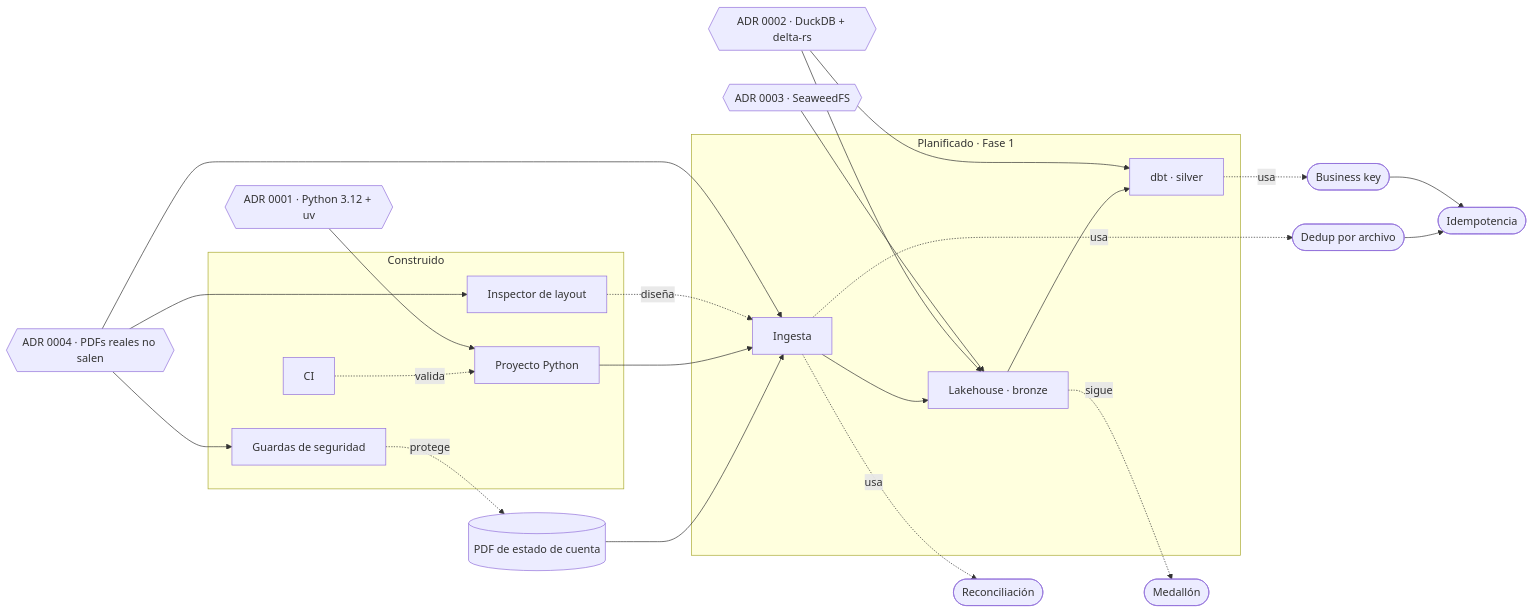
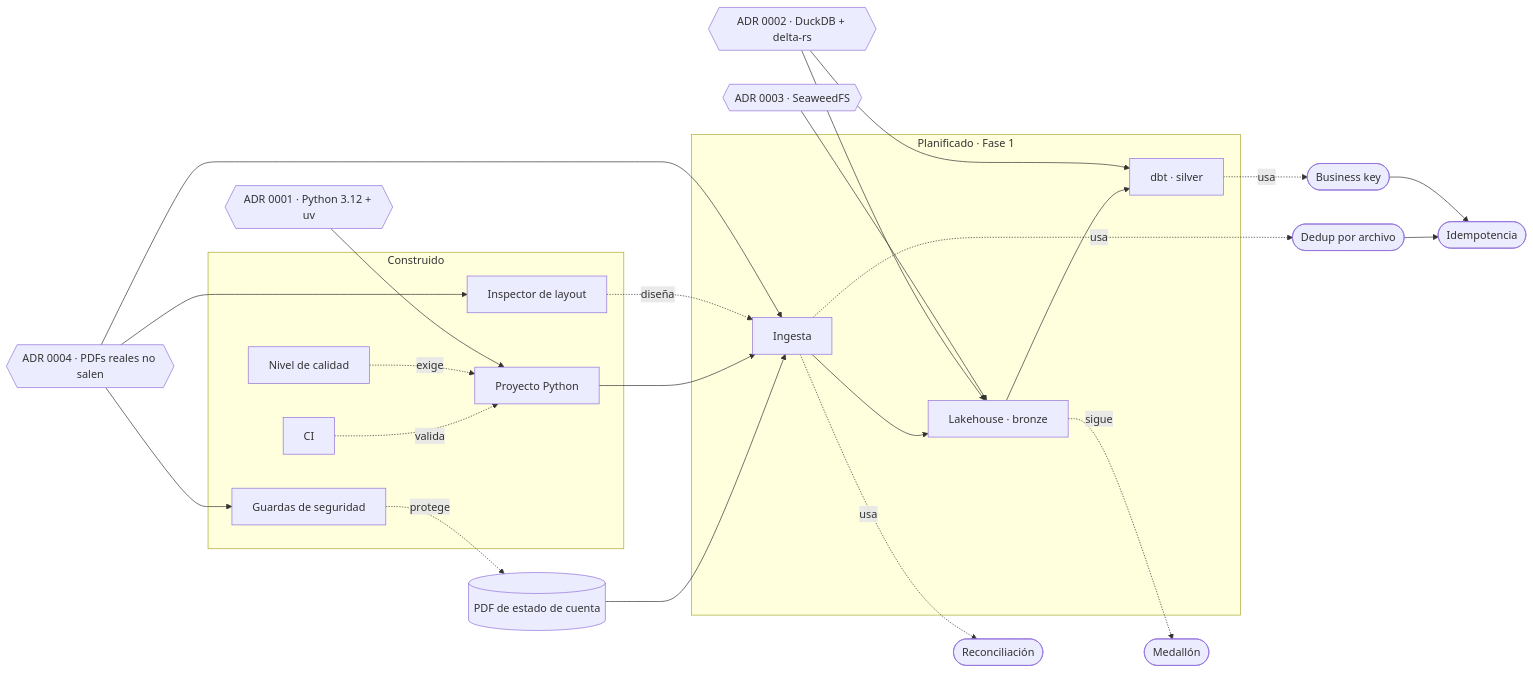
One commit to PieroRios2000/personal-finance-platform changed the diagram in brain/README.md. Above: the diagram before and after it, drawn with Mermaid. The commit also changed other lines of this file and 1 other file, not shown here.

````diff
--- a/brain/README.md
+++ b/brain/README.md
@@ -12,38 +12,40 @@
 ```mermaid
 flowchart LR
     PDF[("PDF de estado de cuenta")]
 
     subgraph construido["Construido"]
         GS["Guardas de seguridad"]
         PY["Proyecto Python"]
         CI["CI"]
         INS["Inspector de layout"]
+        CAL["Nivel de calidad"]
     end
 
     subgraph planificado["Planificado · Fase 1"]
         ING["Ingesta"]
         LAKE["Lakehouse · bronze"]
         DBT["dbt · silver"]
     end
 
     PDF --> ING --> LAKE --> DBT
     PY --> ING
     CI -. valida .-> PY
     GS -. protege .-> PDF
     INS -. diseña .-> ING
+    CAL -. exige .-> PY
 
     ING -. usa .-> REC(["Reconciliación"])
     ING -. usa .-> DED(["Dedup por archivo"])
     LAKE -. sigue .-> MED(["Medallón"])
     DBT -. usa .-> BK(["Business key"])
     DED --> IDE(["Idempotencia"])
     BK --> IDE
 
     A1{{"ADR 0001 · Python 3.12 + uv"}} --> PY
     A2{{"ADR 0002 · DuckDB + delta-rs"}} --> LAKE
     A2 --> DBT
     A3{{"ADR 0003 · SeaweedFS"}} --> LAKE
     A4{{"ADR 0004 · PDFs reales no salen"}} --> GS
     A4 --> ING
     A4 --> INS
 ```
````
